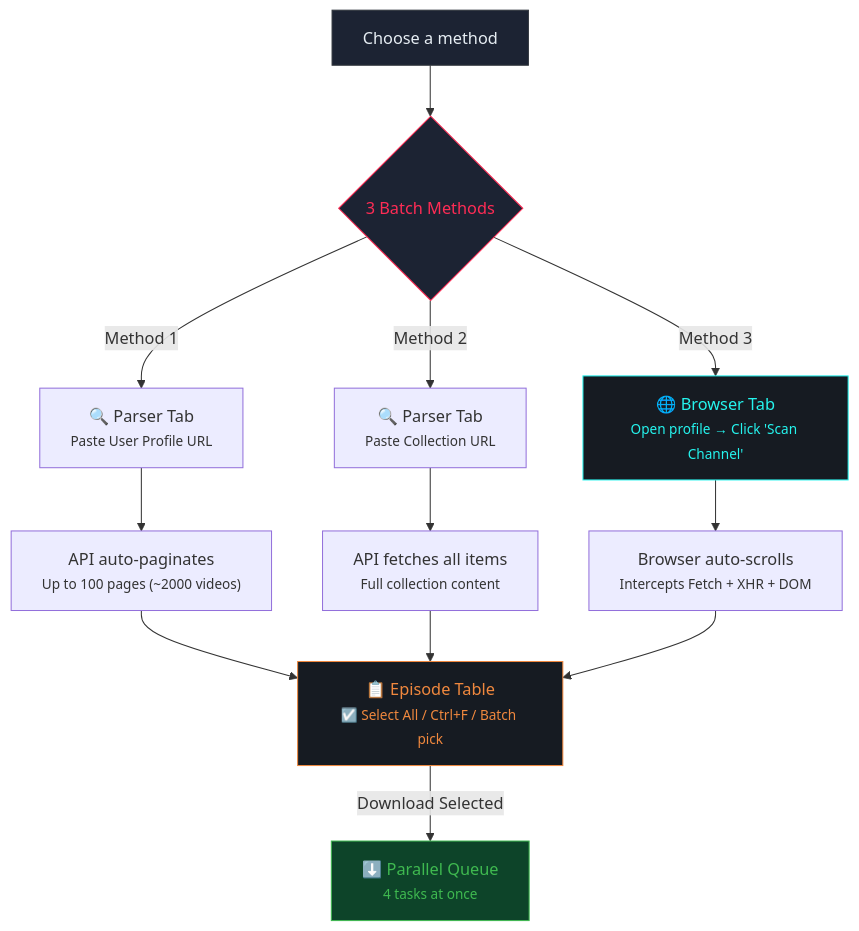
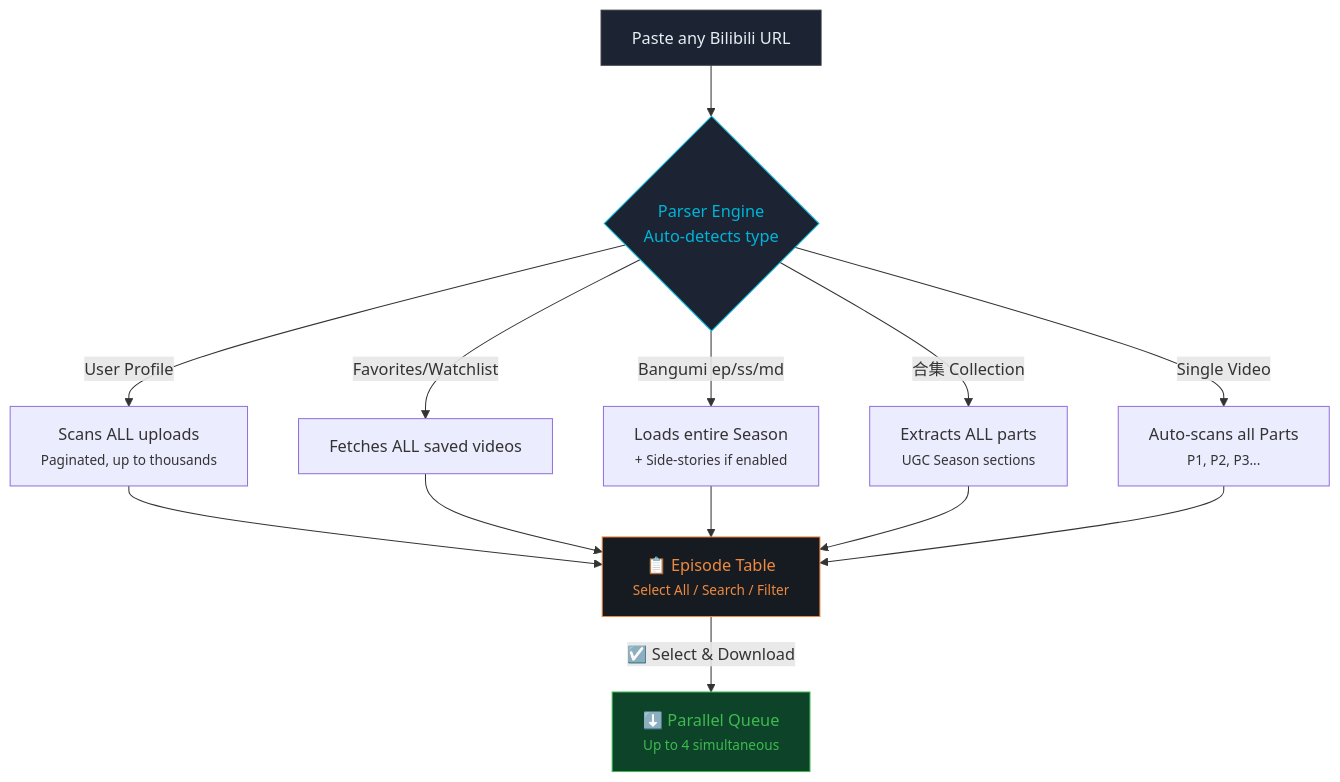
Before and after one commit to ODV-93/Bilibili-Download: the second of 3 diagrams in README.md, drawn with Mermaid. The commit also changed other lines of this file, not shown here.

Commit message:
LD BILIBILI DOWNLOADER README.md

````diff
--- a/README.md
+++ b/README.md
@@ -86,20 +91,20 @@
 ```mermaid
 graph TD
-    A["Choose a method"] --> B{"3 Batch Methods"}
-    B -->|"Method 1"| C["🔍 Parser Tab<br/><small>Paste User Profile URL</small>"]
-    B -->|"Method 2"| D["🔍 Parser Tab<br/><small>Paste Collection URL</small>"]
-    B -->|"Method 3"| E["🌐 Browser Tab<br/><small>Open profile → Click 'Scan Channel'</small>"]
-    C --> F["API auto-paginates<br/><small>Up to 100 pages (~2000 videos)</small>"]
-    D --> G["API fetches all items<br/><small>Full collection content</small>"]
-    E --> H["Browser auto-scrolls<br/><small>Intercepts Fetch + XHR + DOM</small>"]
-    F --> I["📋 Episode Table<br/><small>☑️ Select All / Ctrl+F / Batch pick</small>"]
-    G --> I
-    H --> I
-    I -->|"Download Selected"| J["⬇️ Parallel Queue<br/><small>4 tasks at once</small>"]
+    A["Paste any Bilibili URL"] --> B{"Parser Engine<br/>Auto-detects type"}
+    B -->|"User Profile"| C["Scans ALL uploads<br/><small>Paginated, up to thousands</small>"]
+    B -->|"Favorites/Watchlist"| D["Fetches ALL saved videos"]
+    B -->|"Bangumi ep/ss/md"| E["Loads entire Season<br/><small>+ Side-stories if enabled</small>"]
+    B -->|"合集 Collection"| F["Extracts ALL parts<br/><small>UGC Season sections</small>"]
+    B -->|"Single Video"| G["Auto-scans all Parts<br/><small>P1, P2, P3...</small>"]
+    C --> H["📋 Episode Table<br/><small>Select All / Search / Filter</small>"]
+    D --> H
+    E --> H
+    F --> H
+    G --> H
+    H -->|"☑️ Select & Download"| I["⬇️ Parallel Queue<br/><small>Up to 4 simultaneous</small>"]
 
     style A fill:#1c2333,stroke:#30363d,color:#e6edf3
-    style B fill:#1c2333,stroke:#fe2c55,color:#fe2c55
-    style E fill:#161b22,stroke:#25f4ee,color:#25f4ee
-    style I fill:#161b22,stroke:#f0883e,color:#f0883e
-    style J fill:#0d4429,stroke:#3fb950,color:#3fb950
+    style B fill:#1c2333,stroke:#00b4d8,color:#00b4d8
+    style H fill:#161b22,stroke:#f0883e,color:#f0883e
+    style I fill:#0d4429,stroke:#3fb950,color:#3fb950
 ```
````
